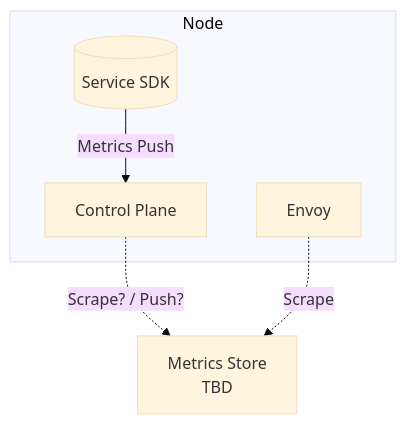
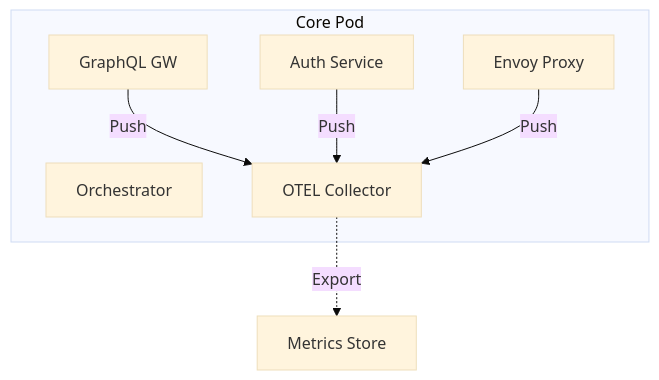
One commit to orbisoperations/catalyst-router changed the second of 3 diagrams in MILESTONE.md. Above: the diagram before and after it, drawn with Mermaid (base theme). The commit also changed other lines of this file and 6 other files, not shown here.

Commit message:
feat: architecture change

````diff
--- a/MILESTONE.md
+++ b/MILESTONE.md
@@ -637,12 +590,16 @@
 ```mermaid
 graph TD
-    subgraph Node
-        CP[Control Plane]
-        DP[Envoy]
-        SDK[(Service SDK)]
+    subgraph CorePod [Core Pod]
+        Orch[Orchestrator]
+        Envoy[Envoy Proxy]
+        GQL[GraphQL GW]
+        Auth[Auth Service]
+        OTEL[OTEL Collector]
     end
     
-    SDK --"Metrics Push"--> CP
-    CP -.->|Scrape? / Push?| Upstream[Metrics Store<br/>TBD]
-    DP -.->|Scrape| Upstream
+    GQL --Push--> OTEL
+    Auth --Push--> OTEL
+    Envoy --Push--> OTEL
+    
+    OTEL -.->|Export| Upstream[Metrics Store]
 ```
````
